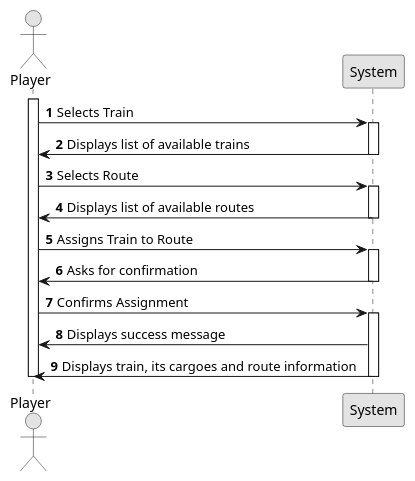
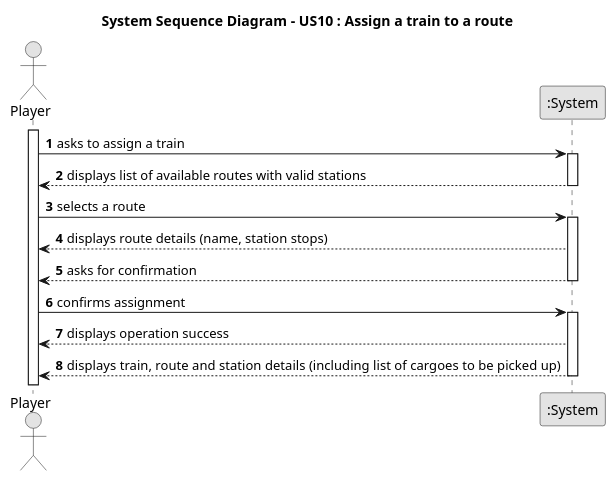
The diagram in docs/system-documentation/Sprint 1/US10/01.requirements-engineering/puml/US010-SSD.puml (HenriqueSilva18/Railway-Network-Simulator), drawn with PlantUML before and after one commit. The commit also changed 7 other files, not shown here.

```diff
--- a/docs/system-documentation/Sprint 1/US10/01.requirements-engineering/puml/US010-SSD.puml
+++ b/docs/system-documentation/Sprint 1/US10/01.requirements-engineering/puml/US010-SSD.puml
@@ -1,36 +1,36 @@
 @startuml
 skinparam monochrome true
 skinparam packageStyle rectangle
 skinparam shadowing false
 
 autonumber
 
+title "System Sequence Diagram - US10 : Assign a train to a route"
+
 actor "Player" as Player
-participant "System" as System
+participant ":System" as System
 
 activate Player
 
-    Player -> System : Selects Train
+
+
+    Player -> System : asks to assign a train
         activate System
-            System -> Player : Displays list of available trains
+            System --> Player : displays list of available routes with valid stations
         deactivate System
 
-    Player -> System : Selects Route
+    Player -> System : selects a route
         activate System
-            System -> Player : Displays list of available routes
+            System --> Player : displays route details (name, station stops)
+            System --> Player : asks for confirmation
         deactivate System
 
-    Player -> System : Assigns Train to Route
+    Player -> System : confirms assignment
         activate System
-            System -> Player : Asks for confirmation
+            System --> Player : displays operation success
+            System --> Player : displays train, route and station details (including  list of cargoes to be picked up)
         deactivate System
 
-    Player -> System : Confirms Assignment
-        activate System
-            System -> Player : Displays success message
-            System -> Player : Displays train, its cargoes and route information
-        deactivate System
 
-deactivate Player
 
 @enduml
```
